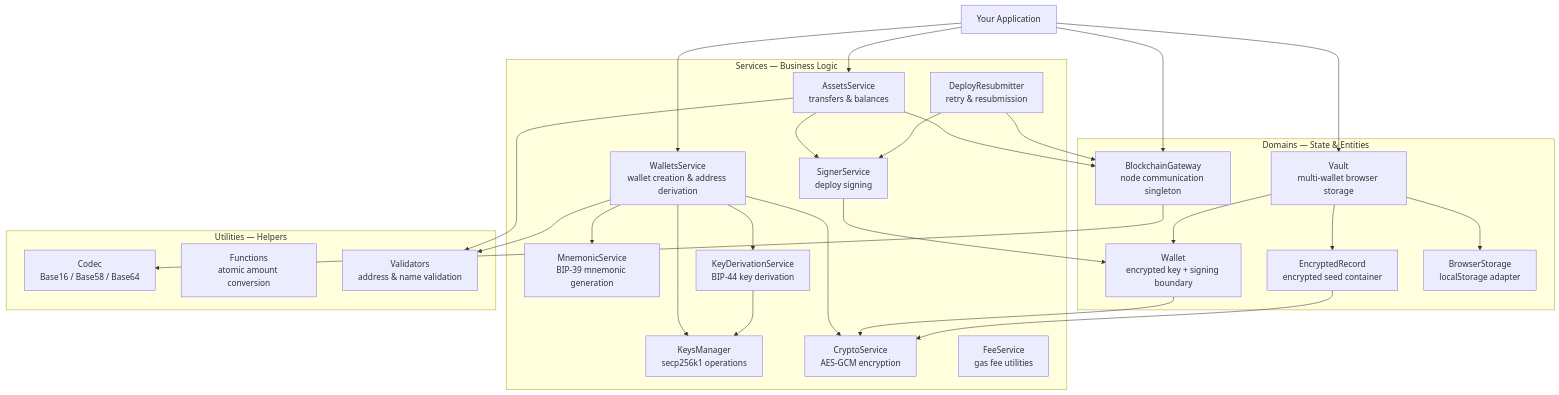
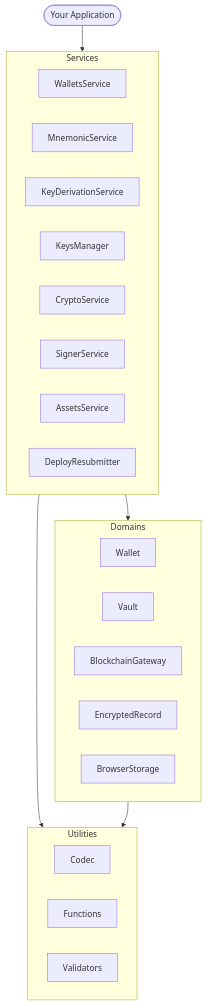
The diagram in wallet-sdk/overview/index.md (asi-alliance/asi-chain-docs-portal), drawn with Mermaid before and after one commit. The commit also changed 4 other files, not shown here.

Commit message:
Fix Module Architecture diagram, add Constants and Polyfills pages

````diff
--- a/wallet-sdk/overview/index.md
+++ b/wallet-sdk/overview/index.md
@@ -86,58 +86,34 @@
 ```mermaid
 graph TD
-    App["Your Application"]
+    App(["Your Application"])
 
-    subgraph Services["Services — Business Logic"]
-        WS["WalletsService\nwallet creation & address derivation"]
-        MS["MnemonicService\nBIP-39 mnemonic generation"]
-        KDS["KeyDerivationService\nBIP-44 key derivation"]
-        KM["KeysManager\nsecp256k1 operations"]
-        CS["CryptoService\nAES-GCM encryption"]
-        SS["SignerService\ndeploy signing"]
-        AS["AssetsService\ntransfers & balances"]
-        FS["FeeService\ngas fee utilities"]
-        DR["DeployResubmitter\nretry & resubmission"]
+    subgraph Services["Services"]
+        s1["WalletsService"]
+        s2["MnemonicService"]
+        s3["KeyDerivationService"]
+        s4["KeysManager"]
+        s5["CryptoService"]
+        s6["SignerService"]
+        s7["AssetsService"]
+        s8["DeployResubmitter"]
     end
 
-    subgraph Domains["Domains — State & Entities"]
-        W["Wallet\nencrypted key + signing boundary"]
-        V["Vault\nmulti-wallet browser storage"]
-        BG["BlockchainGateway\nnode communication singleton"]
-        ER["EncryptedRecord\nencrypted seed container"]
-        BS["BrowserStorage\nlocalStorage adapter"]
+    subgraph Domains["Domains"]
+        d1["Wallet"]
+        d2["Vault"]
+        d3["BlockchainGateway"]
+        d4["EncryptedRecord"]
+        d5["BrowserStorage"]
     end
 
-    subgraph Utils["Utilities — Helpers"]
-        CO["Codec\nBase16 / Base58 / Base64"]
-        FN["Functions\natomic amount conversion"]
-        VA["Validators\naddress & name validation"]
+    subgraph Utilities["Utilities"]
+        u1["Codec"]
+        u2["Functions"]
+        u3["Validators"]
     end
 
-    App --> WS
-    App --> AS
-    App --> V
-    App --> BG
-
-    WS --> KM
-    WS --> CS
-    WS --> KDS
-    WS --> MS
-    KDS --> KM
-
-    AS --> BG
-    AS --> SS
-    AS --> VA
-    SS --> W
-    DR --> BG
-    DR --> SS
-
-    V --> W
-    V --> ER
-    V --> BS
-
-    W --> CS
-    ER --> CS
-
-    WS --> VA
-    BG --> CO
+    App --> Services
+    Services --> Domains
+    Services --> Utilities
+    Domains --> Utilities
 ```
````
